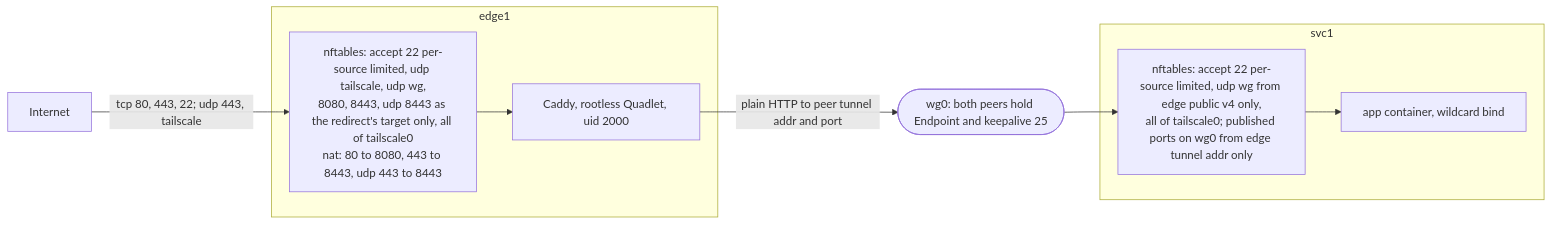
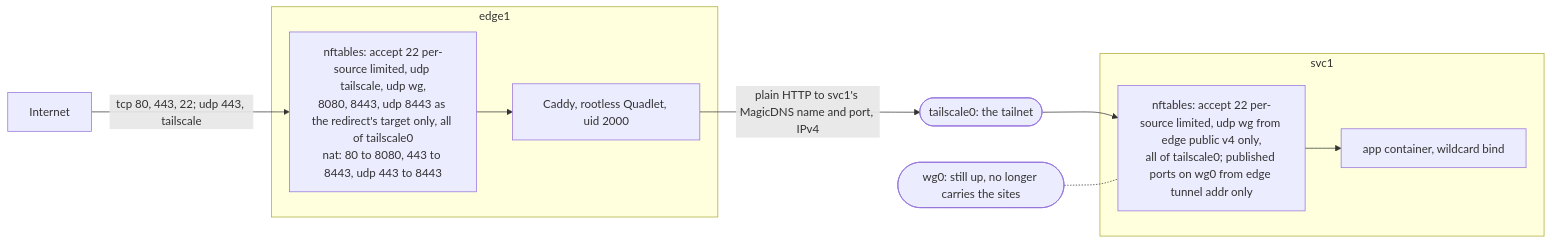
Before and after one commit to aryonoco/deerlab: the first of 4 diagrams in docs/runbook.md, drawn with Mermaid. The commit also changed other lines of this file and 2 other files, not shown here.

First line of the commit message:
docs: describe the switch to the tailnet

````diff
--- a/docs/runbook.md
+++ b/docs/runbook.md
@@ -55,17 +55,18 @@
 ```mermaid
 flowchart LR
   net["Internet"]
   subgraph edge1
     nft1["nftables: accept 22 per-source limited, udp tailscale, udp wg,<br/>8080, 8443, udp 8443 as the redirect's target only, all of tailscale0<br/>nat: 80 to 8080, 443 to 8443, udp 443 to 8443"]
     caddy["Caddy, rootless Quadlet, uid 2000"]
   end
   subgraph svc1
     nft2["nftables: accept 22 per-source limited, udp wg from edge public v4 only,<br/>all of tailscale0; published ports on wg0 from edge tunnel addr only"]
     app["app container, wildcard bind"]
   end
   net -->|"tcp 80, 443, 22; udp 443, tailscale"| nft1
   nft1 --> caddy
-  caddy -->|"plain HTTP to peer tunnel addr and port"| wg(["wg0: both peers hold Endpoint and keepalive 25"])
-  wg --> nft2
+  caddy -->|"plain HTTP to svc1's MagicDNS name and port, IPv4"| ts(["tailscale0: the tailnet"])
+  ts --> nft2
+  wg(["wg0: still up, no longer carries the sites"]) -.- nft2
   nft2 --> app
 ```
````
